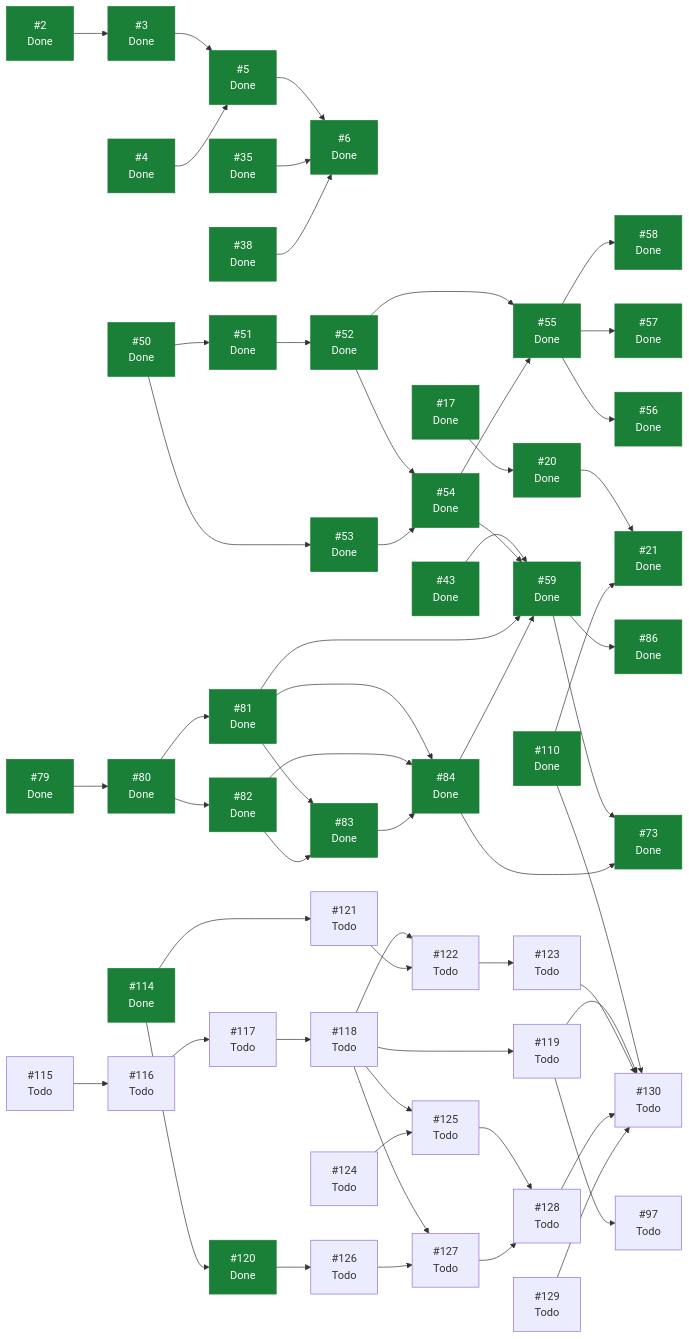
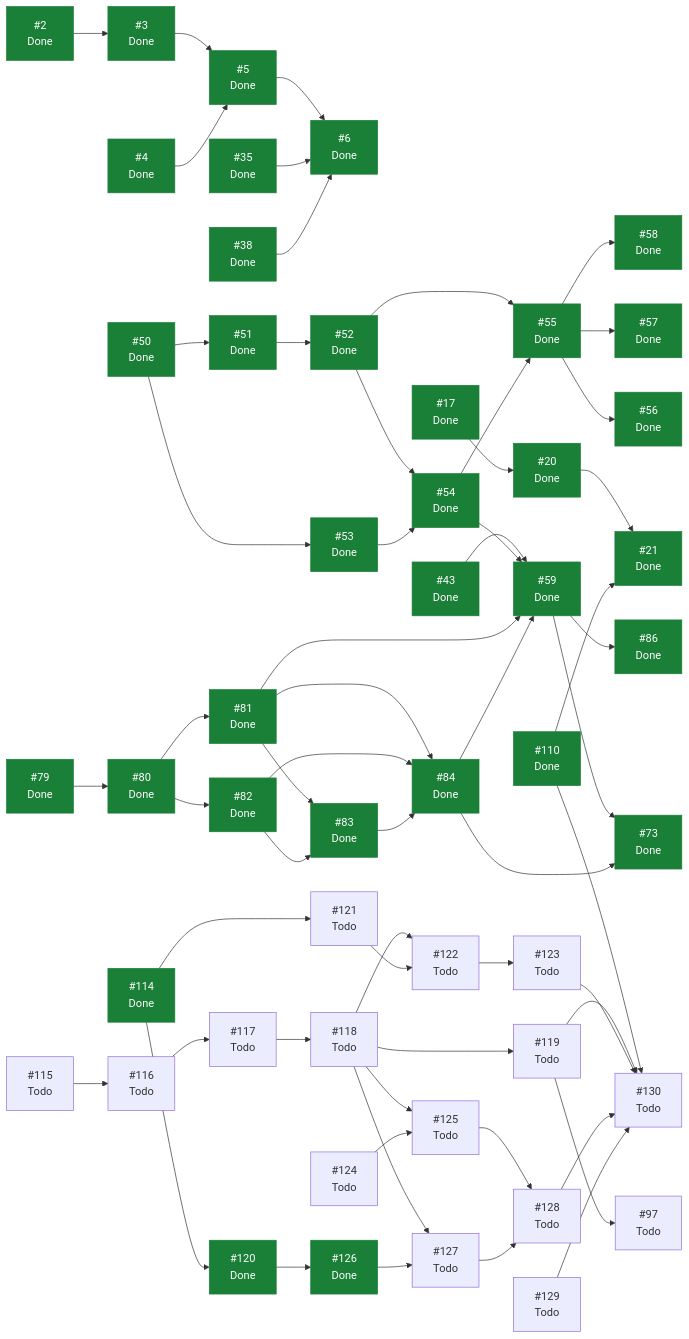
One commit to ecamp0s/evault changed the diagram in docs/planning/STATUS.md. Above: the diagram before and after it, drawn with Mermaid. The commit also changed other lines of this file, not shown here.

````diff
--- a/docs/planning/STATUS.md
+++ b/docs/planning/STATUS.md
@@ -179,7 +178,7 @@
   I123["#123<br/>Todo"]
   I124["#124<br/>Todo"]
   I125["#125<br/>Todo"]
-  I126["#126<br/>Todo"]
+  I126["#126<br/>Done"]
   I127["#127<br/>Todo"]
   I128["#128<br/>Todo"]
   I129["#129<br/>Todo"]
@@ -241,5 +240,5 @@
   I128 --> I130
   I129 --> I130
   classDef hecho fill:#1a7f37,stroke:#1a7f37,color:#fff;
-  class I2,I3,I4,I5,I6,I17,I20,I21,I35,I38,I43,I50,I51,I52,I53,I54,I55,I56,I57,I58,I59,I73,I79,I80,I81,I82,I83,I84,I86,I110,I114,I120 hecho;
+  class I2,I3,I4,I5,I6,I17,I20,I21,I35,I38,I43,I50,I51,I52,I53,I54,I55,I56,I57,I58,I59,I73,I79,I80,I81,I82,I83,I84,I86,I110,I114,I120,I126 hecho;
 ```
````
